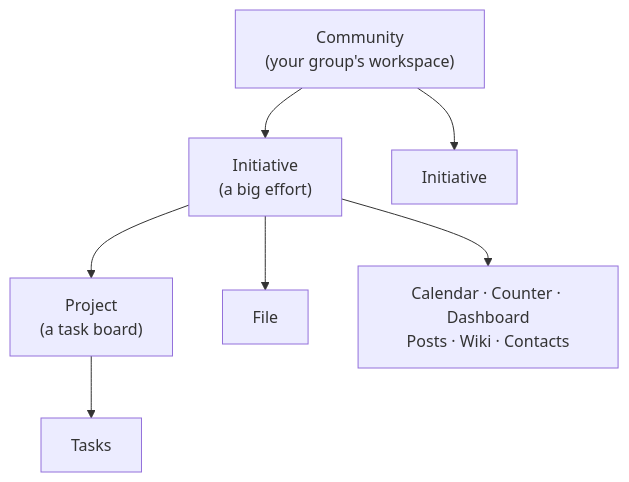
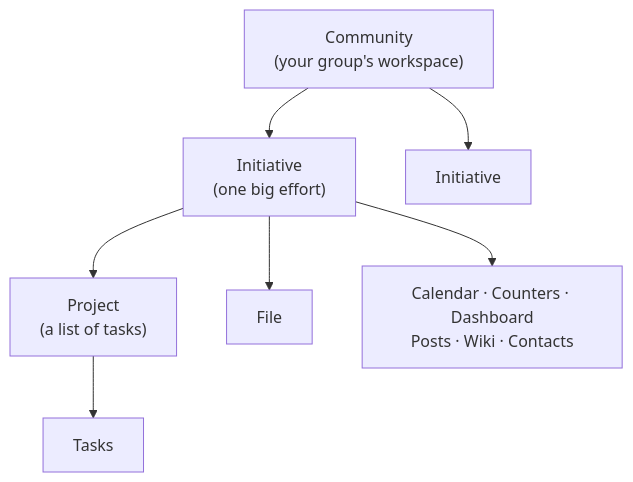
The diagram in docs/en/concepts/index.md (beyonders-studio/initiative), drawn with Mermaid before and after one commit. The commit also changed other lines of this file and 114 other files, not shown here.

````diff
--- a/docs/en/concepts/index.md
+++ b/docs/en/concepts/index.md
@@ -11,17 +11,17 @@
 ```mermaid
 graph TD
   G["Community<br/>(your group's workspace)"]
-  I1["Initiative<br/>(a big effort)"]
+  I1["Initiative<br/>(one big effort)"]
   I2["Initiative"]
-  P1["Project<br/>(a task board)"]
+  P1["Project<br/>(a list of tasks)"]
   D1["File"]
-  T1["Calendar · Counter · Dashboard<br/>Posts · Wiki · Contacts"]
+  T1["Calendar · Counters · Dashboard<br/>Posts · Wiki · Contacts"]
   TASK["Tasks"]
 
   G --> I1
   G --> I2
   I1 --> P1
   I1 --> D1
   I1 --> T1
   P1 --> TASK
 ```
````
